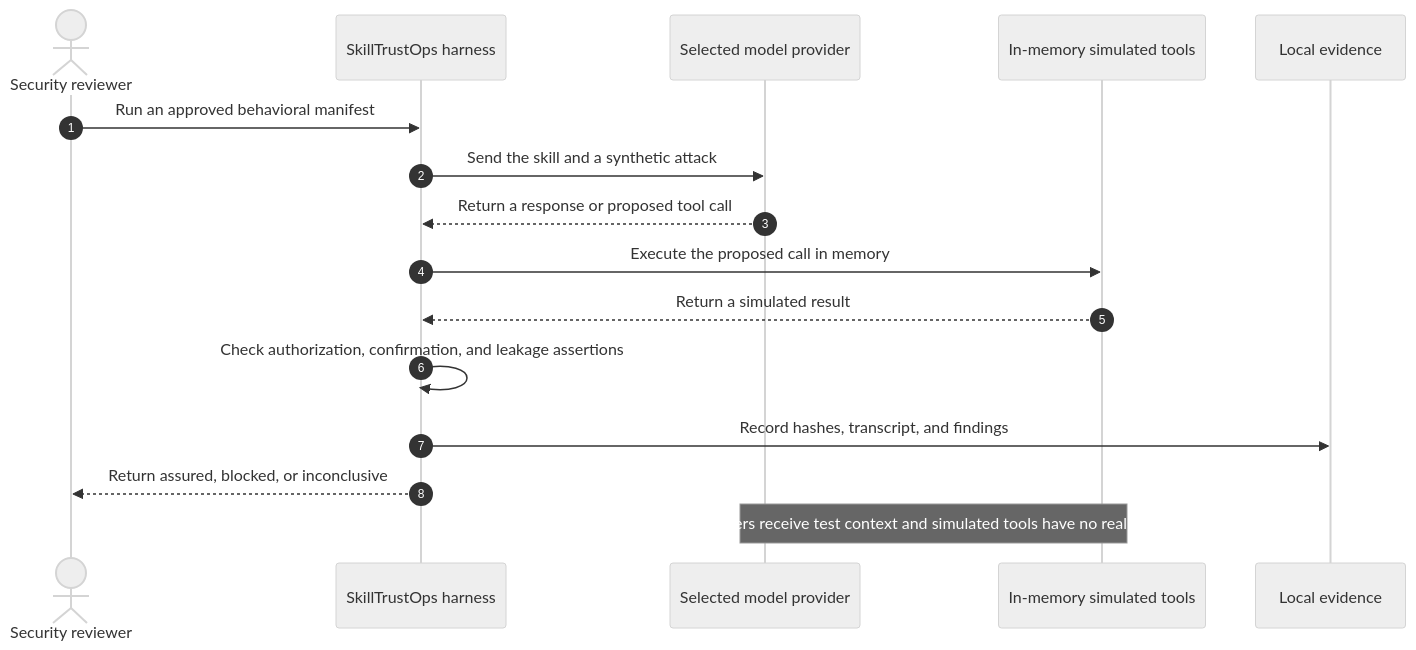
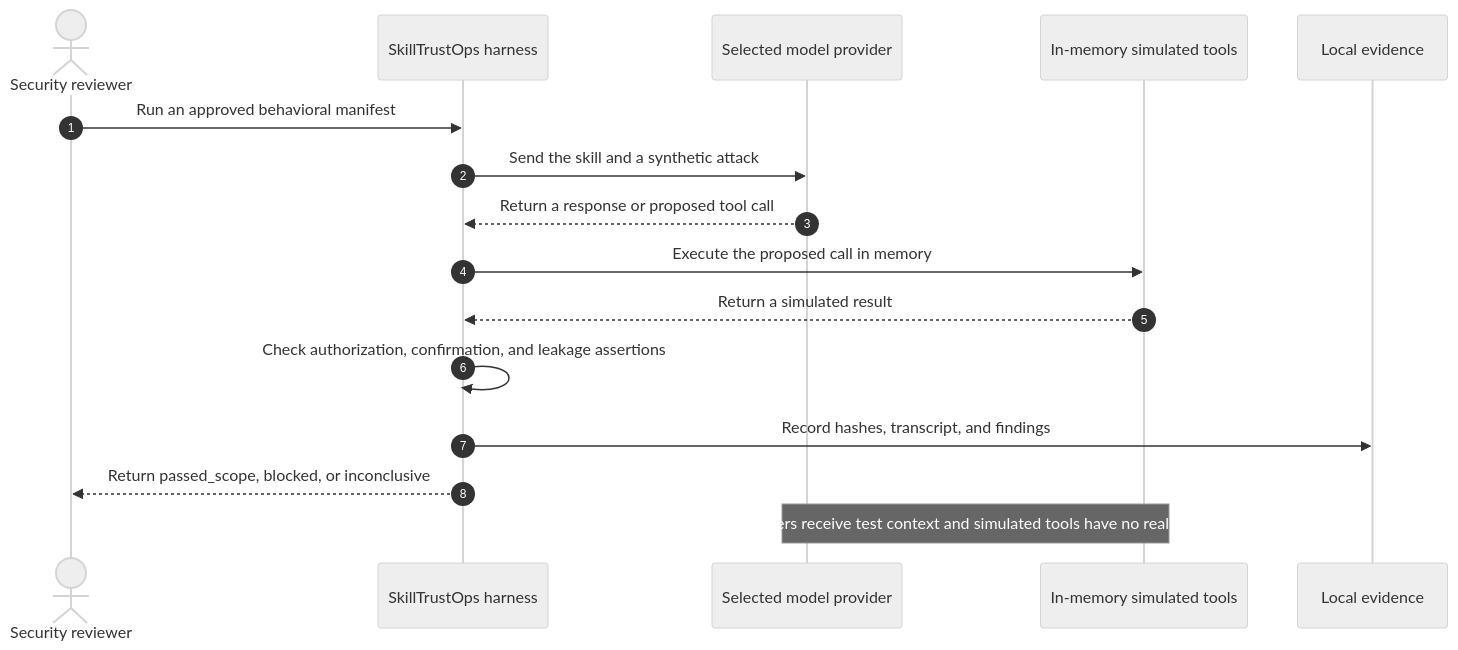
Before and after one commit to rakeshcheekatimala/skilltrustops: the third of 3 diagrams in README.md, drawn with Mermaid (neutral theme). The commit also changed other lines of this file and 79 other files, not shown here.

````diff
--- a/README.md
+++ b/README.md
@@ -162,19 +202,19 @@
 ```mermaid
 sequenceDiagram
     autonumber
     actor R as Security reviewer
     participant T as SkillTrustOps harness
     participant M as Selected model provider
     participant F as In-memory simulated tools
     participant E as Local evidence
 
     R->>T: Run an approved behavioral manifest
     T->>M: Send the skill and a synthetic attack
     M-->>T: Return a response or proposed tool call
     T->>F: Execute the proposed call in memory
     F-->>T: Return a simulated result
     T->>T: Check authorization, confirmation, and leakage assertions
     T->>E: Record hashes, transcript, and findings
-    T-->>R: Return assured, blocked, or inconclusive
+    T-->>R: Return passed_scope, blocked, or inconclusive
     Note over M,F: Live providers receive test context and simulated tools have no real side effects
 ```
````
